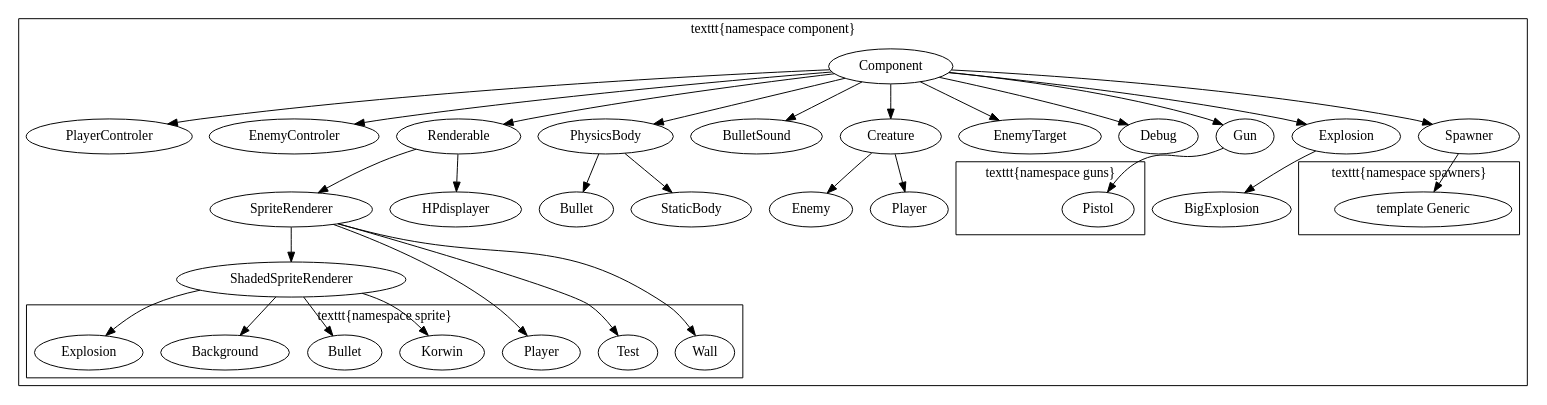
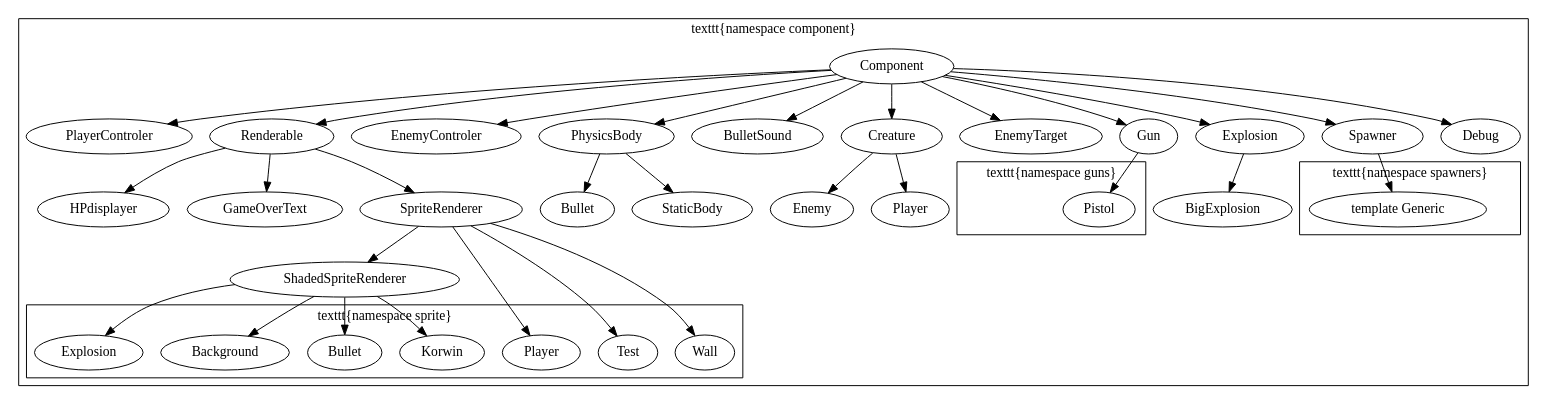
The diagram in docs/renderable.dot (HakierGrzonzo/GrzesSFMLlib), drawn with Graphviz before and after one commit. The commit also changed 27 other files, not shown here.

```diff
--- a/docs/renderable.dot
+++ b/docs/renderable.dot
@@ -1,77 +1,79 @@
 digraph G {
 	subgraph cluster_Component {
 		Component;
 		PlayerControler;
 			Component -> PlayerControler;
-		EnemyControler;
-			Component -> EnemyControler;
 		Renderable;
 			Component -> Renderable;
+		HPdisplayer;
+			Renderable -> HPdisplayer;
+		GameOverText;
+			Renderable -> GameOverText;
 		SpriteRenderer;
 			Renderable -> SpriteRenderer;
 		ShadedSpriteRenderer;
 			SpriteRenderer -> ShadedSpriteRenderer;
-		HPdisplayer;
-			Renderable -> HPdisplayer;
+		EnemyControler;
+			Component -> EnemyControler;
 		PhysicsBody;
 			Component -> PhysicsBody;
 		Bullet;
 			PhysicsBody -> Bullet;
 		BulletSound;
 			Component -> BulletSound;
 		Creature;
 			Component -> Creature;
 		Enemy;
 			Creature -> Enemy;
-        Player;
-            Creature -> Player;
+		Player;
+			Creature -> Player;
 		EnemyTarget;
 			Component -> EnemyTarget;
-		Debug;
-			Component -> Debug;
 		Gun;
 			Component -> Gun;
 		Explosion;
 			Component -> Explosion;
-        BigExplosion;
-            Explosion -> BigExplosion;
+		BigExplosion;
+			Explosion -> BigExplosion;
 		Spawner;
 			Component -> Spawner;
 		StaticBody;
 			PhysicsBody -> StaticBody;
 		label="\texttt{namespace component}";
 
 		subgraph cluster_Sprites {
 			PlayerSprite [label=Player];
 			BulletSprite [label=Bullet];
 			Background;
 			ExplosionSprite [label=Explosion];
 			Test;
 			Wall;
 			Korwin;
 			label="\texttt{namespace sprite}";
 		}
+		Debug;
+			Component -> Debug;
 		SpriteRenderer -> Wall;
 		SpriteRenderer -> PlayerSprite;
 		SpriteRenderer -> Test;
 
 		ShadedSpriteRenderer -> BulletSprite;
 		ShadedSpriteRenderer -> Background;
 		ShadedSpriteRenderer -> ExplosionSprite;
 		ShadedSpriteRenderer -> Korwin;
 
 		subgraph cluster_Guns {
 			Pistol;
 			label="\texttt{namespace guns}"
 		}
 		Gun -> Pistol;
 
 		subgraph cluster_Spawners {
 			Generic [label="template Generic"];
 			label="\texttt{namespace spawners}"
 		}
 		Spawner -> Generic;
 
 	}
 
 }
```
